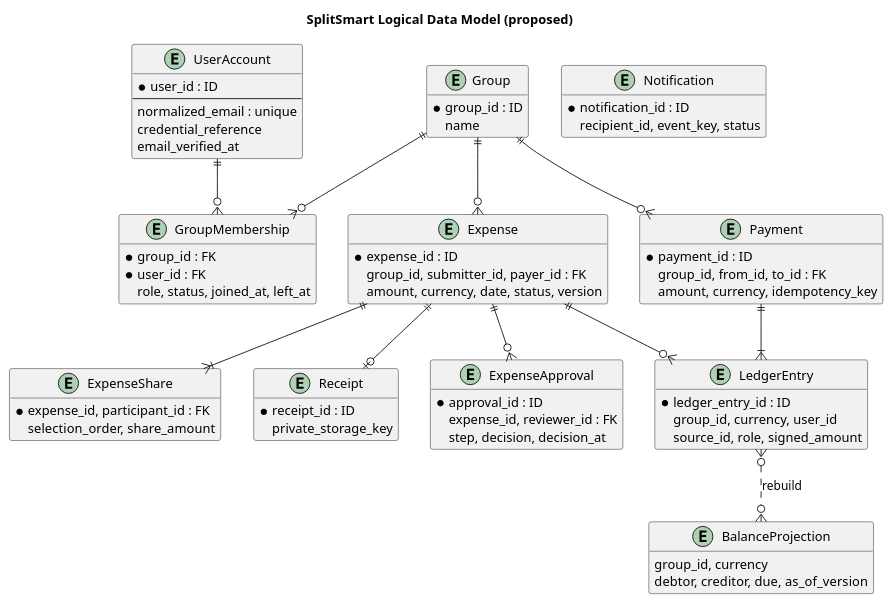
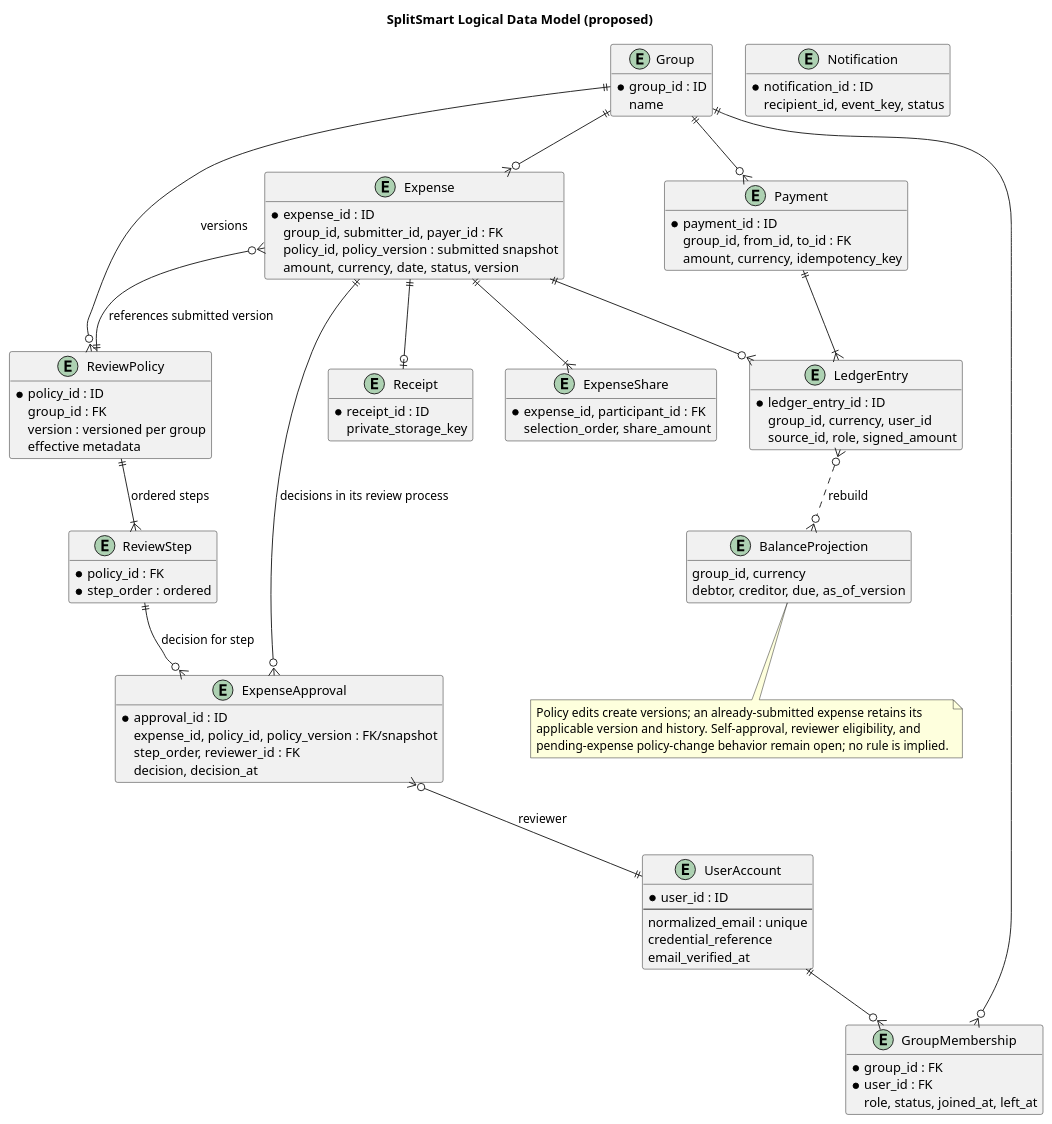
Before and after one commit to calebkra/CIS-285-Lab-6: the diagram in docs/architecture-analysis/consolidated/diagrams/data-model.puml, drawn with PlantUML. The commit also changed 8 other files, not shown here.

```diff
--- a/docs/architecture-analysis/consolidated/diagrams/data-model.puml
+++ b/docs/architecture-analysis/consolidated/diagrams/data-model.puml
@@ -1,66 +1,89 @@
 @startuml
 title SplitSmart Logical Data Model (proposed)
 hide methods
 entity UserAccount {
  * user_id : ID
  --
  normalized_email : unique
  credential_reference
  email_verified_at
 }
 entity Group {
  * group_id : ID
  name
 }
 entity GroupMembership {
  * group_id : FK
  * user_id : FK
  role, status, joined_at, left_at
 }
+entity ReviewPolicy {
+ * policy_id : ID
+ group_id : FK
+ version : versioned per group
+ effective metadata
+}
+entity ReviewStep {
+ * policy_id : FK
+ * step_order : ordered
+ reviewer rule/count (open)
+}
 entity Expense {
  * expense_id : ID
  group_id, submitter_id, payer_id : FK
+ policy_id, policy_version : submitted snapshot
  amount, currency, date, status, version
 }
 entity ExpenseShare {
  * expense_id, participant_id : FK
  selection_order, share_amount
 }
 entity ExpenseApproval {
  * approval_id : ID
- expense_id, reviewer_id : FK
- step, decision, decision_at
+ expense_id, policy_id, policy_version : FK/snapshot
+ step_order, reviewer_id : FK
+ decision, decision_at
 }
 entity LedgerEntry {
  * ledger_entry_id : ID
  group_id, currency, user_id
  source_id, role, signed_amount
 }
 entity Payment {
  * payment_id : ID
  group_id, from_id, to_id : FK
  amount, currency, idempotency_key
 }
 entity Receipt {
  * receipt_id : ID
  private_storage_key
 }
 entity Notification {
  * notification_id : ID
  recipient_id, event_key, status
 }
 entity BalanceProjection {
  group_id, currency
  debtor, creditor, due, as_of_version
 }
 Group ||--o{ GroupMembership
 UserAccount ||--o{ GroupMembership
+Group ||--o{ ReviewPolicy : versions
+ReviewPolicy ||--|{ ReviewStep : ordered steps
 Group ||--o{ Expense
+Expense }o--|| ReviewPolicy : references submitted version
 Expense ||--|{ ExpenseShare
-Expense ||--o{ ExpenseApproval
+Expense ||--o{ ExpenseApproval : decisions in its review process
+ReviewStep ||--o{ ExpenseApproval : decision for step
+ExpenseApproval }o--|| UserAccount : reviewer
 Expense ||--o| Receipt
 Expense ||--o{ LedgerEntry
 Payment ||--|{ LedgerEntry
 Group ||--o{ Payment
 LedgerEntry }o..o{ BalanceProjection : rebuild
+note bottom
+Policy edits create versions; an already-submitted expense retains its
+applicable version and history. Self-approval, reviewer eligibility, and
+pending-expense policy-change behavior remain open; no rule is implied.
+end note
 @enduml
```
